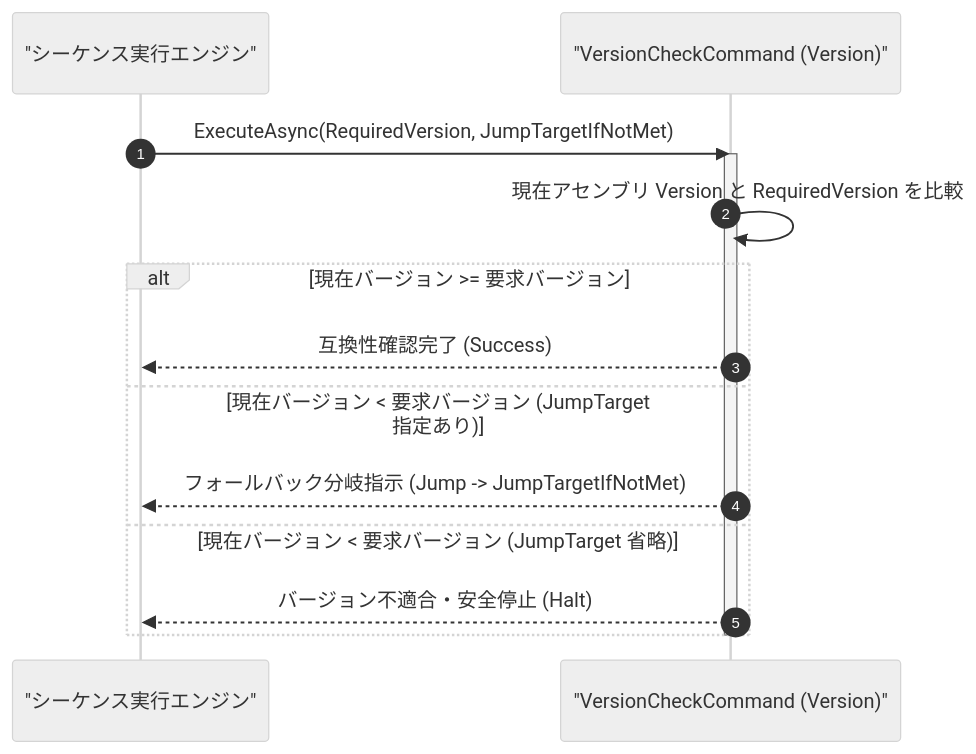
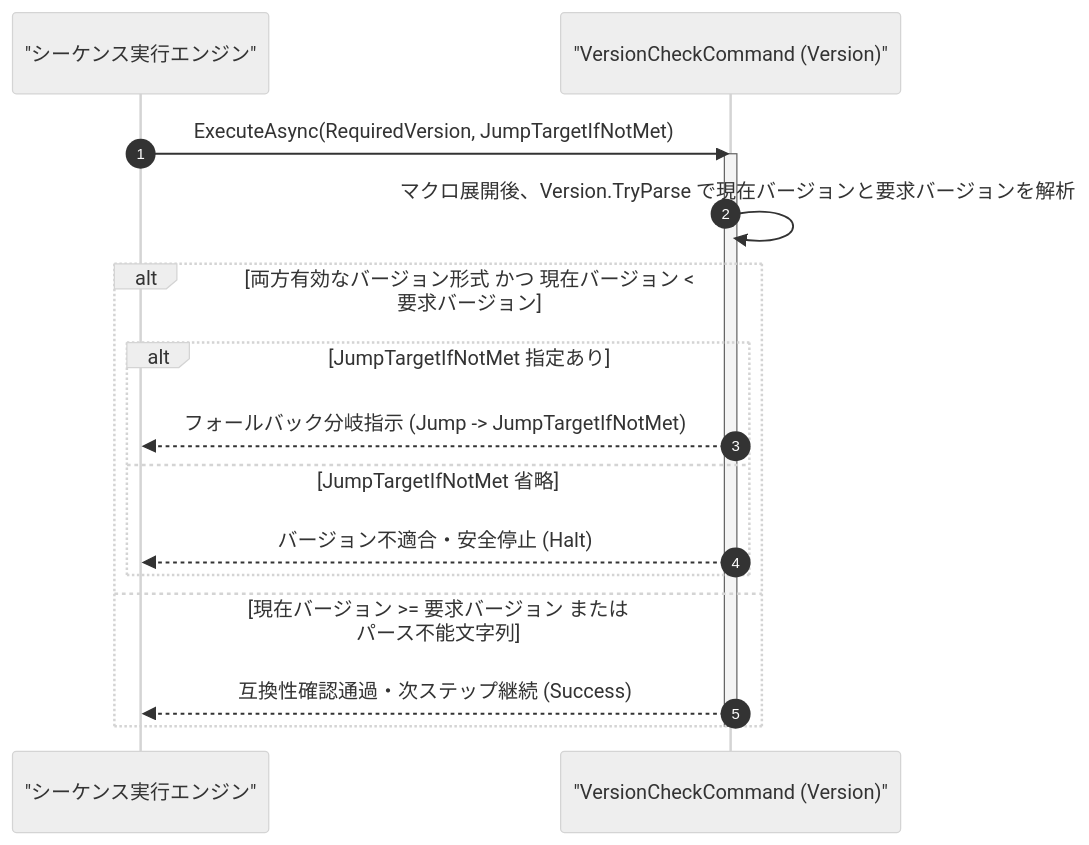
Before and after one commit to Monaca-App/TermAddIn: the diagram in Manual/Core/Sequence/Version.Md, drawn with Mermaid (neutral theme). The commit also changed other lines of this file and 157 other files, not shown here.

````diff
--- a/Manual/Core/Sequence/Version.Md
+++ b/Manual/Core/Sequence/Version.Md
@@ -67,18 +67,20 @@
 ```mermaid
 sequenceDiagram
     autonumber
     participant Engine as "シーケンス実行エンジン"
     participant Cmd as "VersionCheckCommand (Version)"
 
     Engine->>Cmd: ExecuteAsync(RequiredVersion, JumpTargetIfNotMet)
     activate Cmd
-    Cmd->>Cmd: 現在アセンブリ Version と RequiredVersion を比較
-    alt 現在バージョン >= 要求バージョン
-        Cmd-->>Engine: 互換性確認完了 (Success)
-    else 現在バージョン < 要求バージョン (JumpTarget 指定あり)
-        Cmd-->>Engine: フォールバック分岐指示 (Jump -> JumpTargetIfNotMet)
-    else 現在バージョン < 要求バージョン (JumpTarget 省略)
-        Cmd-->>Engine: バージョン不適合・安全停止 (Halt)
+    Cmd->>Cmd: マクロ展開後、Version.TryParse で現在バージョンと要求バージョンを解析
+    alt 両方有効なバージョン形式 かつ 現在バージョン < 要求バージョン
+        alt JumpTargetIfNotMet 指定あり
+            Cmd-->>Engine: フォールバック分岐指示 (Jump -> JumpTargetIfNotMet)
+        else JumpTargetIfNotMet 省略
+            Cmd-->>Engine: バージョン不適合・安全停止 (Halt)
+        end
+    else 現在バージョン >= 要求バージョン または パース不能文字列
+        Cmd-->>Engine: 互換性確認通過・次ステップ継続 (Success)
     end
     deactivate Cmd
 ```
````
